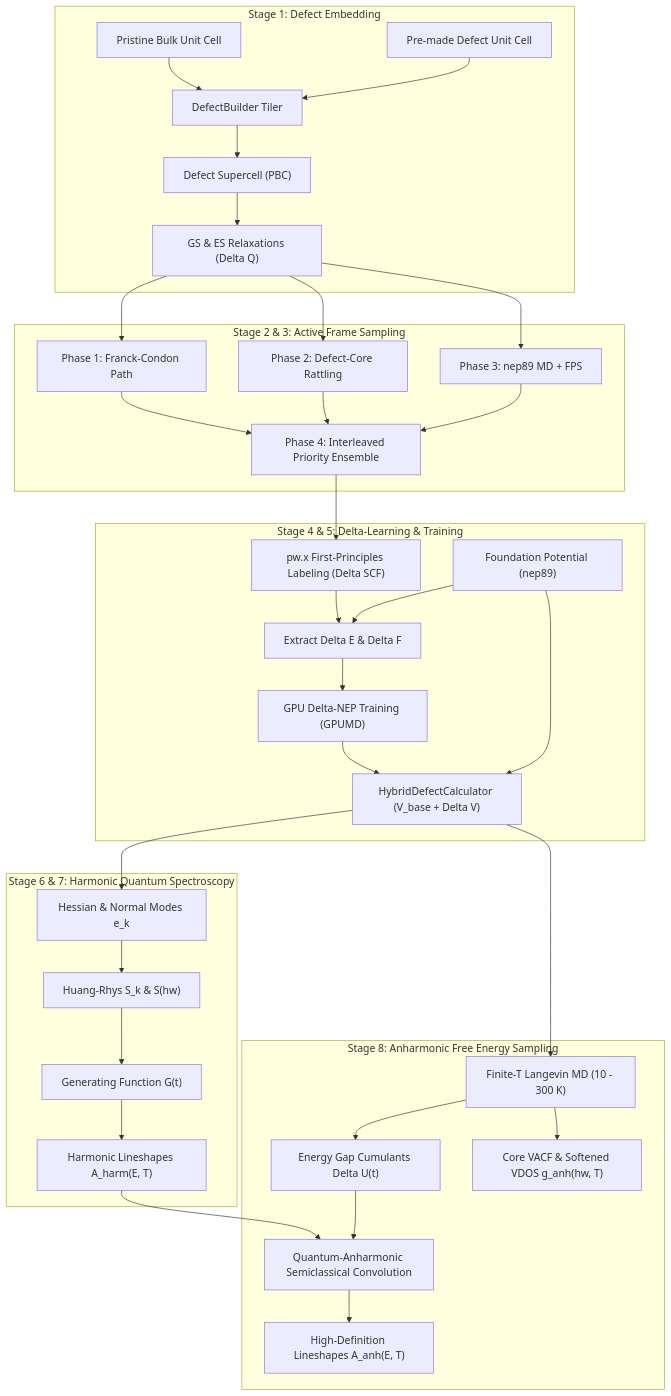
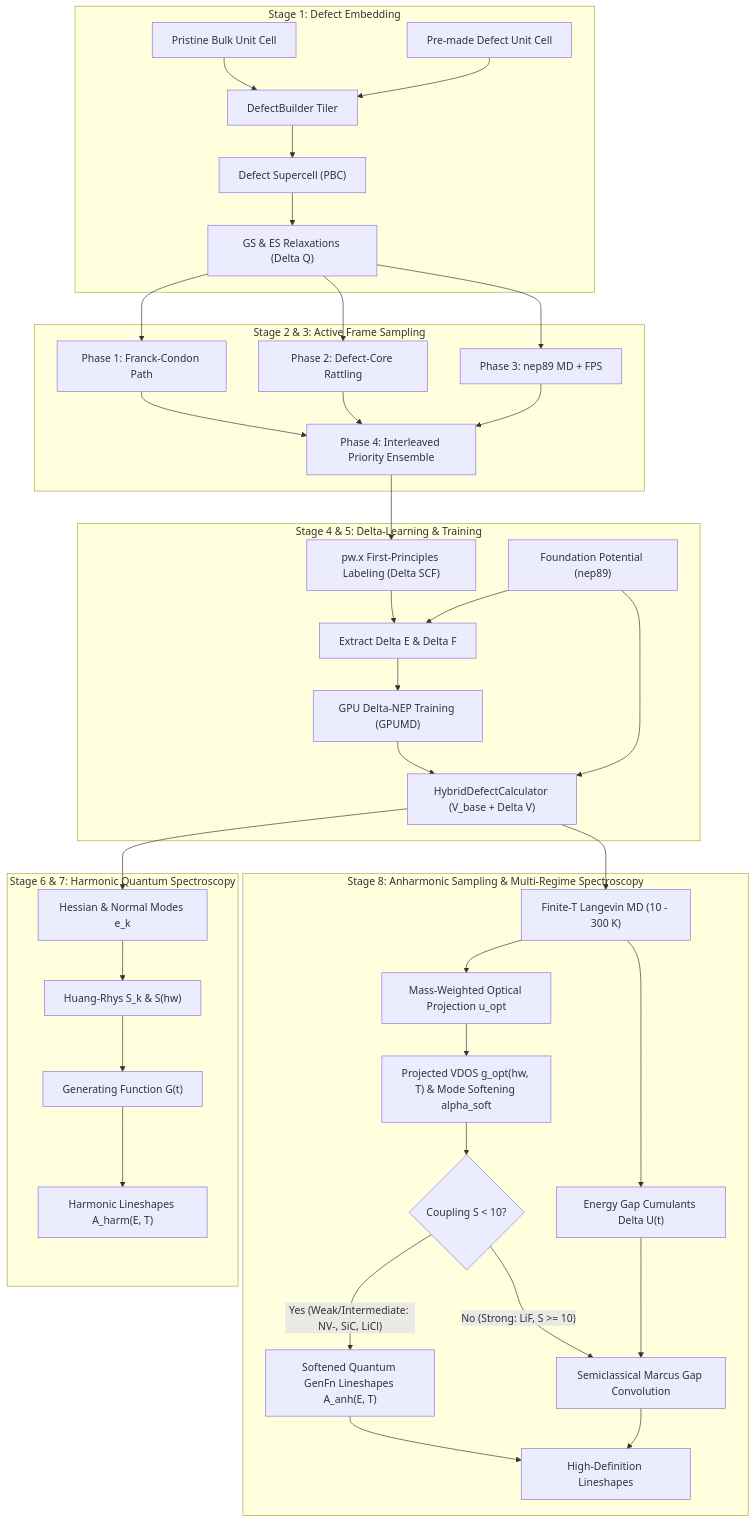
One commit to gsurfer04/HyDePh changed the diagram in docs/THEORY_WALKTHROUGH.md. Above: the diagram before and after it, drawn with Mermaid. The commit also changed other lines of this file and 16 other files, not shown here.

Commit message:
feat(v0.3.0): align theory document with dual-regime spectroscopy, add stiff vs soft benchmark, and bump version to 0.3.0

````diff
--- a/docs/THEORY_WALKTHROUGH.md
+++ b/docs/THEORY_WALKTHROUGH.md
@@ -24,43 +24,47 @@
 ```mermaid
 flowchart TD
     subgraph S1["Stage 1: Defect Embedding"]
         Pristine["Pristine Bulk Unit Cell"] --> Builder["DefectBuilder Tiler"]
         Defect["Pre-made Defect Unit Cell"] --> Builder
         Builder --> SC["Defect Supercell (PBC)"]
         SC --> Relax["GS & ES Relaxations (Delta Q)"]
     end
 
     subgraph S2["Stage 2 & 3: Active Frame Sampling"]
         Relax --> FC["Phase 1: Franck-Condon Path"]
         Relax --> Rattle["Phase 2: Defect-Core Rattling"]
         Relax --> MD["Phase 3: nep89 MD + FPS"]
         FC --> Priority["Phase 4: Interleaved Priority Ensemble"]
         Rattle --> Priority
         MD --> Priority
     end
 
     subgraph S3["Stage 4 & 5: Delta-Learning & Training"]
         Priority --> QE["pw.x First-Principles Labeling (Delta SCF)"]
         BasePot["Foundation Potential (nep89)"] --> Subtract["Extract Delta E & Delta F"]
         QE --> Subtract
         Subtract --> NEP["GPU Delta-NEP Training (GPUMD)"]
         NEP --> Calc["HybridDefectCalculator (V_base + Delta V)"]
         BasePot --> Calc
     end
 
     subgraph S4["Stage 6 & 7: Harmonic Quantum Spectroscopy"]
         Calc --> Hessian["Hessian & Normal Modes e_k"]
         Hessian --> Sk["Huang-Rhys S_k & S(hw)"]
         Sk --> GenFunc["Generating Function G(t)"]
         GenFunc --> HarmPL["Harmonic Lineshapes A_harm(E, T)"]
     end
 
-    subgraph S5["Stage 8: Anharmonic Free Energy Sampling"]
+    subgraph S5["Stage 8: Anharmonic Sampling & Multi-Regime Spectroscopy"]
         Calc --> LangMD["Finite-T Langevin MD (10 - 300 K)"]
+        LangMD --> Proj["Mass-Weighted Optical Projection u_opt"]
+        Proj --> VACF["Projected VDOS g_opt(hw, T) & Mode Softening alpha_soft"]
         LangMD --> DeltaU["Energy Gap Cumulants Delta U(t)"]
-        LangMD --> VACF["Core VACF & Softened VDOS g_anh(hw, T)"]
-        DeltaU --> Conv["Quantum-Anharmonic Semiclassical Convolution"]
-        HarmPL --> Conv
-        Conv --> FinalPL["High-Definition Lineshapes A_anh(E, T)"]
+        VACF --> Regimes{"Coupling S < 10?"}
+        Regimes -->|"Yes (Weak/Intermediate: NV-, SiC, LiCl)"| SoftGen["Softened Quantum GenFn Lineshapes A_anh(E, T)"]
+        Regimes -->|"No (Strong: LiF, S >= 10)"| MarcusConv["Semiclassical Marcus Gap Convolution"]
+        DeltaU --> MarcusConv
+        SoftGen --> FinalPL["High-Definition Lineshapes"]
+        MarcusConv --> FinalPL
     end
 ```
````
